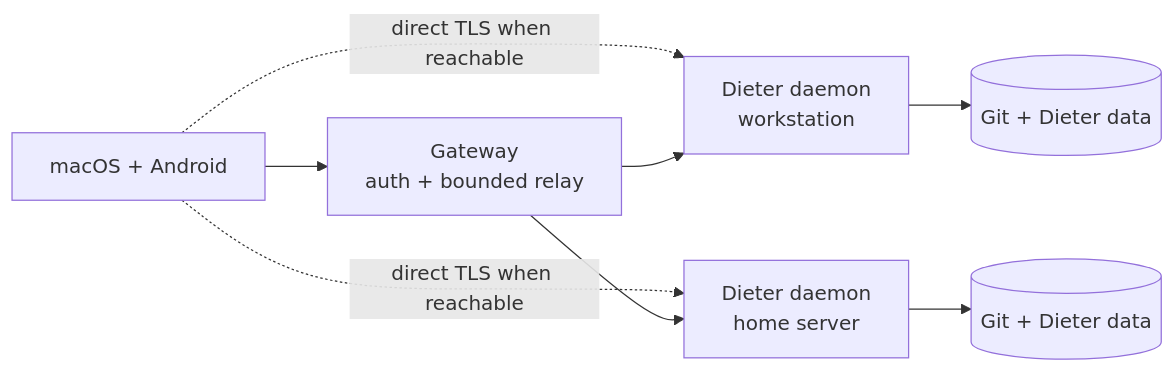
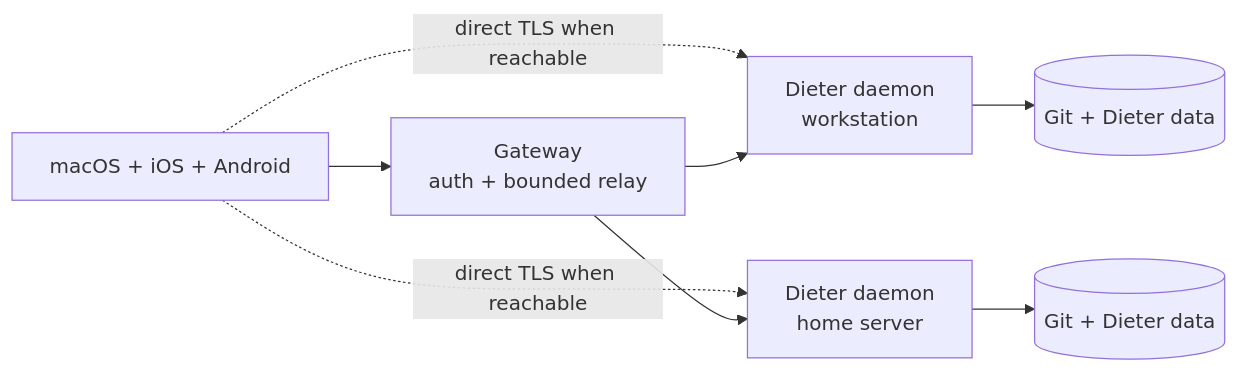
One commit to dbpprt/dieter changed the diagram in README.md. Above: the diagram before and after it, drawn with Mermaid. The commit also changed other lines of this file, not shown here.

````diff
--- a/README.md
+++ b/README.md
@@ -301,17 +303,17 @@
 ```mermaid
 flowchart LR
-    clients["macOS + Android"]
+    clients["macOS + iOS + Android"]
     gateway["Gateway<br/>auth + bounded relay"]
     work["Dieter daemon<br/>workstation"]
     home["Dieter daemon<br/>home server"]
     workData[("Git + Dieter data")]
     homeData[("Git + Dieter data")]
 
     clients --> gateway
     clients -. "direct TLS when reachable" .-> work
     clients -. "direct TLS when reachable" .-> home
     gateway --> work
     gateway --> home
     work --> workData
     home --> homeData
 ```
````
